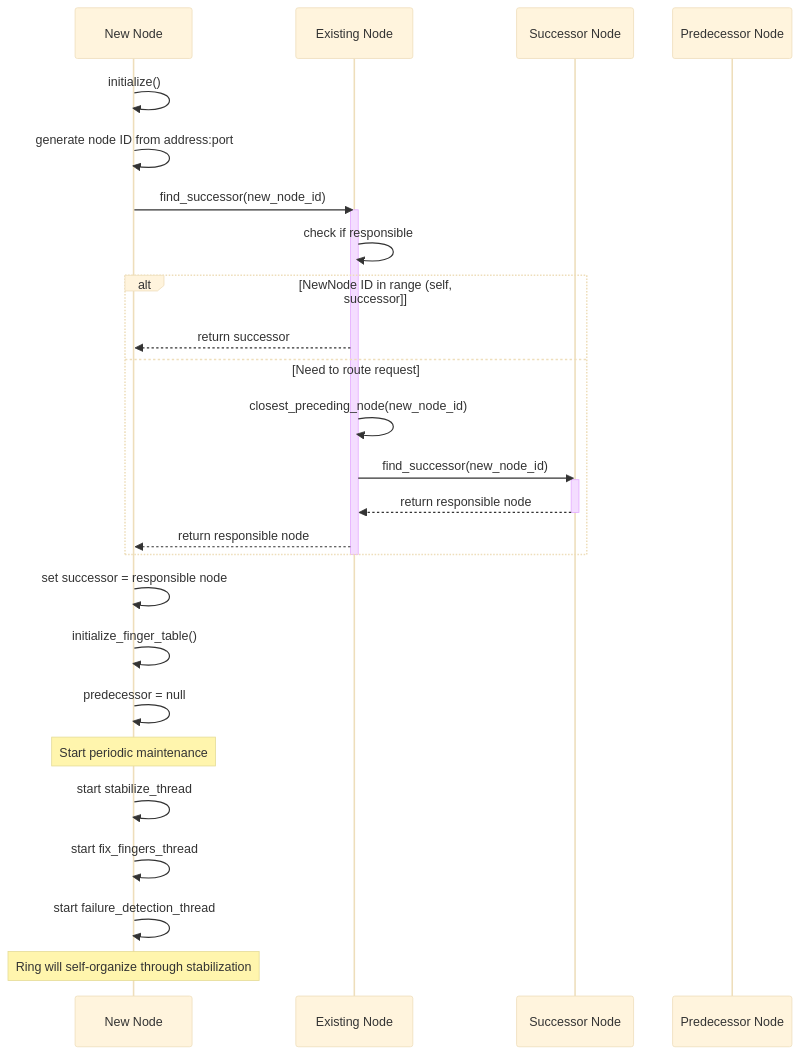
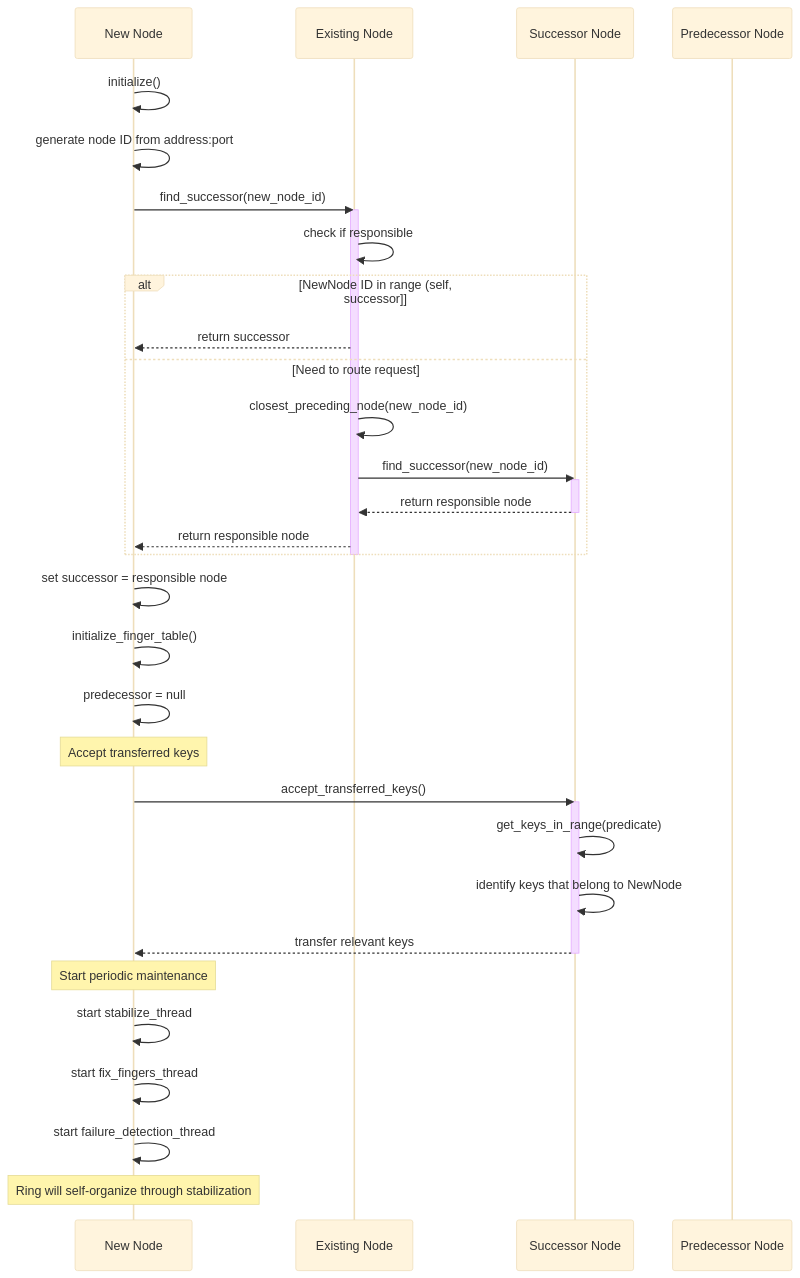
Before and after one commit to ryogrid/FunnelKVS-CPP: the first of 7 diagrams in CHORD_COMMUNICATION_SEQUENCE.md, drawn with Mermaid (base theme). The commit also changed other lines of this file and 1 other file, not shown here.

````diff
--- a/CHORD_COMMUNICATION_SEQUENCE.md
+++ b/CHORD_COMMUNICATION_SEQUENCE.md
@@ -26,37 +26,45 @@
 ```mermaid
 sequenceDiagram
     participant NewNode as New Node
     participant ExistingNode as Existing Node
     participant Successor as Successor Node
     participant Predecessor as Predecessor Node
 
     NewNode->>NewNode: initialize()
     NewNode->>NewNode: generate node ID from address:port
     
     NewNode->>ExistingNode: find_successor(new_node_id)
     activate ExistingNode
     
     ExistingNode->>ExistingNode: check if responsible
     alt NewNode ID in range (self, successor]
         ExistingNode-->>NewNode: return successor
     else Need to route request
         ExistingNode->>ExistingNode: closest_preceding_node(new_node_id)
         ExistingNode->>Successor: find_successor(new_node_id)
         activate Successor
         Successor-->>ExistingNode: return responsible node
         deactivate Successor
         ExistingNode-->>NewNode: return responsible node
     end
     deactivate ExistingNode
     
     NewNode->>NewNode: set successor = responsible node
     NewNode->>NewNode: initialize_finger_table()
     NewNode->>NewNode: predecessor = null
     
+    Note over NewNode: Accept transferred keys
+    NewNode->>Successor: accept_transferred_keys()
+    activate Successor
+    Successor->>Successor: get_keys_in_range(predicate)
+    Successor->>Successor: identify keys that belong to NewNode
+    Successor-->>NewNode: transfer relevant keys
+    deactivate Successor
+    
     Note over NewNode: Start periodic maintenance
     NewNode->>NewNode: start stabilize_thread
     NewNode->>NewNode: start fix_fingers_thread
     NewNode->>NewNode: start failure_detection_thread
     
     Note over NewNode: Ring will self-organize through stabilization
 ```
````
